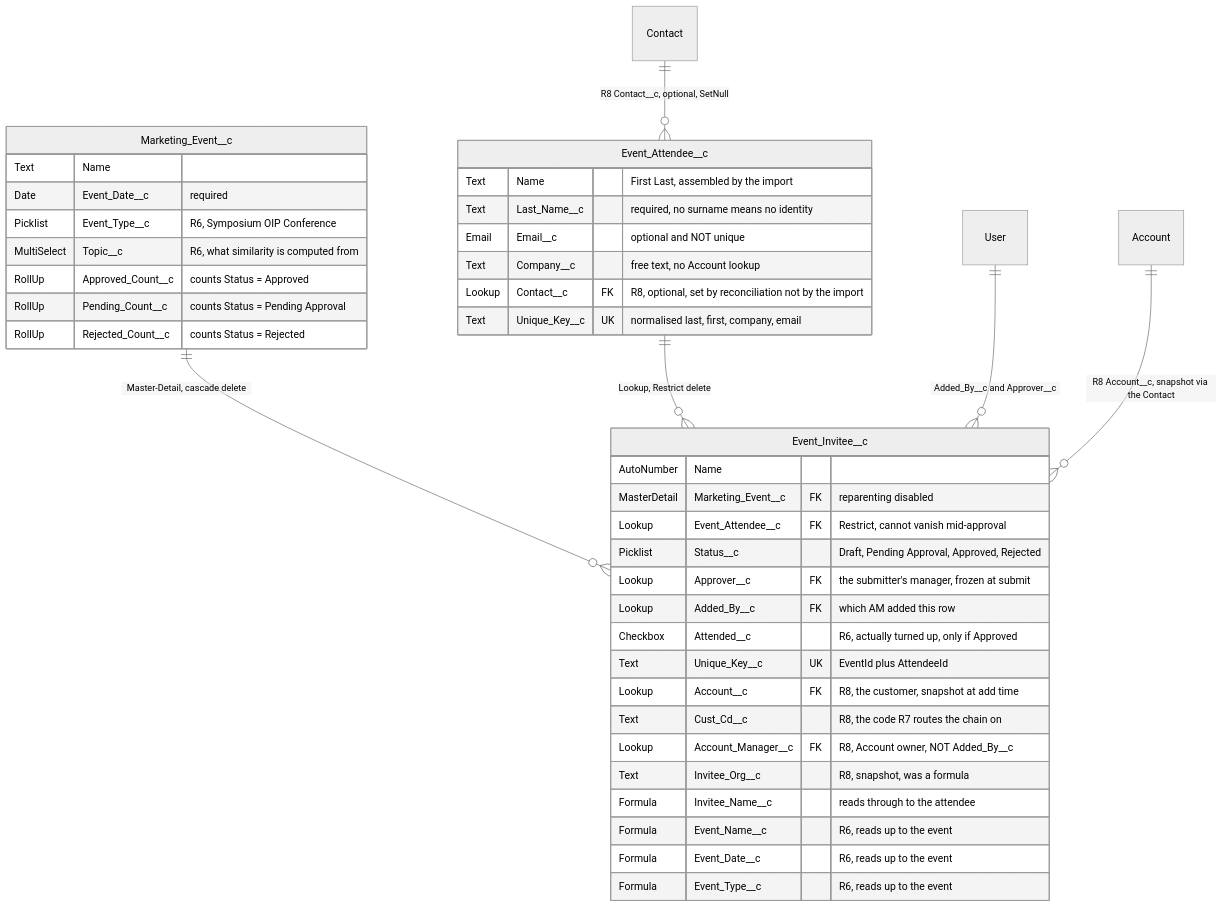
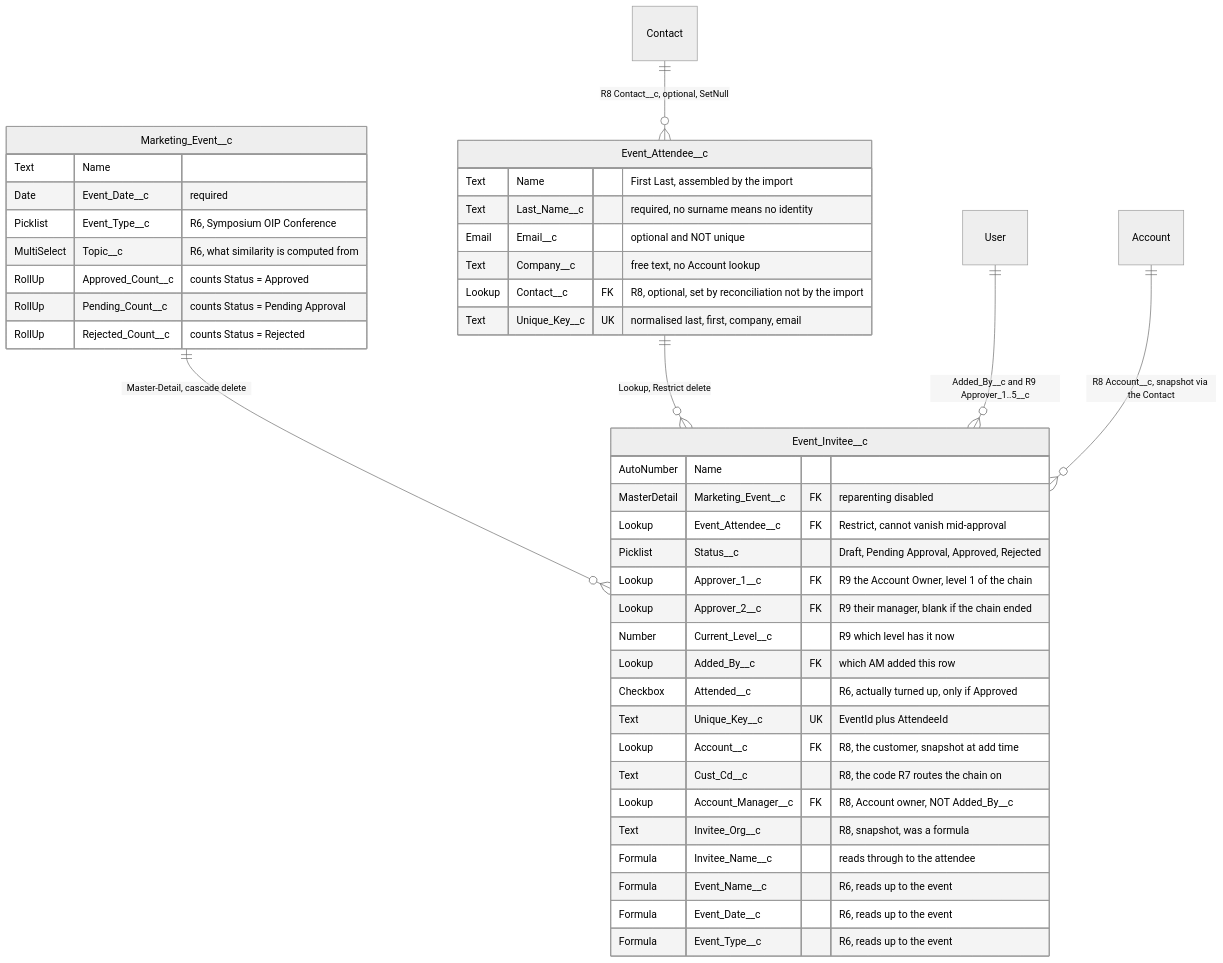
The diagram in design.md (avence12/salesforce_event_mgmt), drawn with Mermaid (neutral theme) before and after one commit. The commit also changed other lines of this file and 46 other files, not shown here.

````diff
--- a/design.md
+++ b/design.md
@@ -271,46 +306,48 @@
 ```mermaid
 erDiagram
     Marketing_Event__c ||--o{ Event_Invitee__c : "Master-Detail, cascade delete"
     Event_Attendee__c  ||--o{ Event_Invitee__c : "Lookup, Restrict delete"
-    User               ||--o{ Event_Invitee__c : "Added_By__c and Approver__c"
+    User               ||--o{ Event_Invitee__c : "Added_By__c and R9 Approver_1..5__c"
     Contact            ||--o{ Event_Attendee__c : "R8 Contact__c, optional, SetNull"
     Account            ||--o{ Event_Invitee__c : "R8 Account__c, snapshot via the Contact"
 
     Marketing_Event__c {
         Text        Name
         Date        Event_Date__c "required"
         Picklist    Event_Type__c "R6, Symposium OIP Conference"
         MultiSelect Topic__c "R6, what similarity is computed from"
         RollUp      Approved_Count__c "counts Status = Approved"
         RollUp      Pending_Count__c "counts Status = Pending Approval"
         RollUp      Rejected_Count__c "counts Status = Rejected"
     }
 
     Event_Attendee__c {
         Text  Name "First Last, assembled by the import"
         Text  Last_Name__c "required, no surname means no identity"
         Email Email__c "optional and NOT unique"
         Text  Company__c "free text, no Account lookup"
         Lookup Contact__c FK "R8, optional, set by reconciliation not by the import"
         Text  Unique_Key__c UK "normalised last, first, company, email"
     }
 
     Event_Invitee__c {
         AutoNumber   Name
         MasterDetail Marketing_Event__c FK "reparenting disabled"
         Lookup       Event_Attendee__c FK "Restrict, cannot vanish mid-approval"
         Picklist     Status__c "Draft, Pending Approval, Approved, Rejected"
-        Lookup       Approver__c FK "the submitter's manager, frozen at submit"
+        Lookup       Approver_1__c FK "R9 the Account Owner, level 1 of the chain"
+        Lookup       Approver_2__c FK "R9 their manager, blank if the chain ended"
+        Number       Current_Level__c "R9 which level has it now"
         Lookup       Added_By__c FK "which AM added this row"
         Checkbox     Attended__c "R6, actually turned up, only if Approved"
         Text         Unique_Key__c UK "EventId plus AttendeeId"
         Lookup       Account__c FK "R8, the customer, snapshot at add time"
         Text         Cust_Cd__c "R8, the code R7 routes the chain on"
         Lookup       Account_Manager__c FK "R8, Account owner, NOT Added_By__c"
         Text         Invitee_Org__c "R8, snapshot, was a formula"
         Formula      Invitee_Name__c "reads through to the attendee"
         Formula      Event_Name__c "R6, reads up to the event"
         Formula      Event_Date__c "R6, reads up to the event"
         Formula      Event_Type__c "R6, reads up to the event"
     }
 ```
````
